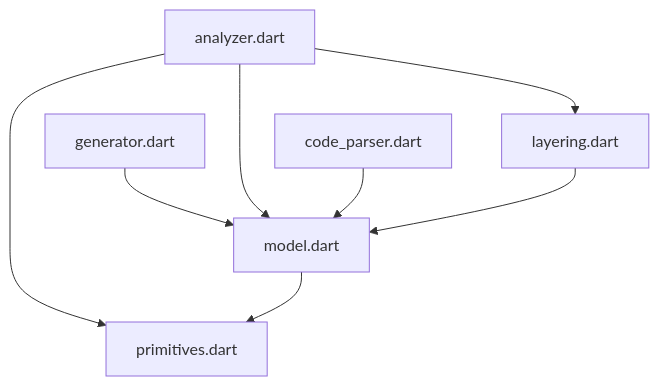
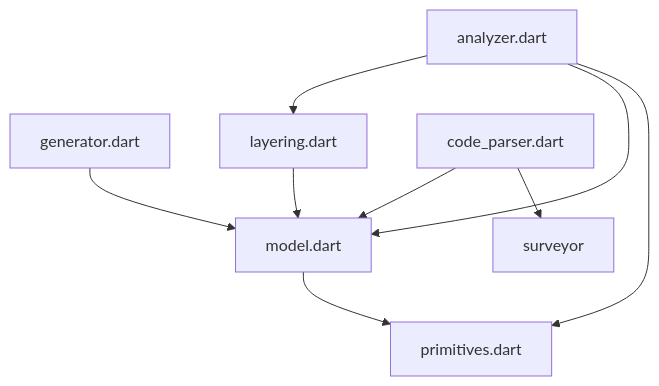
One commit to polina-c/layerlens changed the diagram in lib/src/DEPENDENCIES.md. Above: the diagram before and after it, drawn with Mermaid. The commit also changed other lines of this file and 15 other files, not shown here.

````diff
--- a/lib/src/DEPENDENCIES.md
+++ b/lib/src/DEPENDENCIES.md
@@ -4,10 +5,11 @@
 ```mermaid
 flowchart TD;
 generator.dart-->model.dart;
 analyzer.dart-->layering.dart;
 analyzer.dart-->model.dart;
 analyzer.dart-->primitives.dart;
 code_parser.dart-->model.dart;
+code_parser.dart-->surveyor;
 layering.dart-->model.dart;
 model.dart-->primitives.dart;
 ```
````
